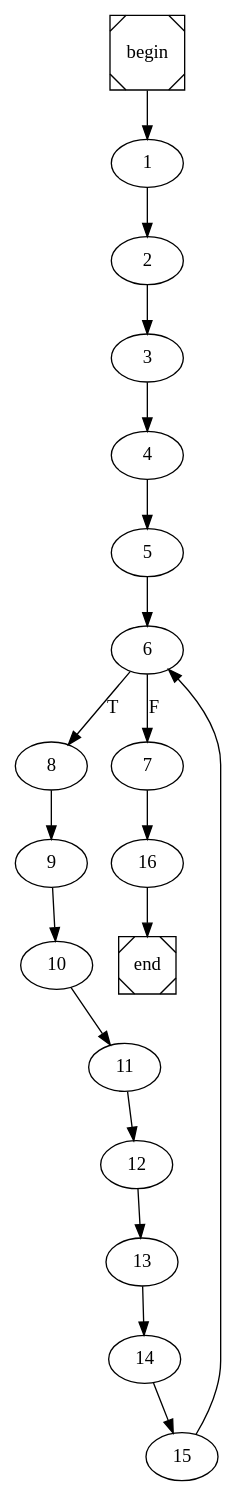
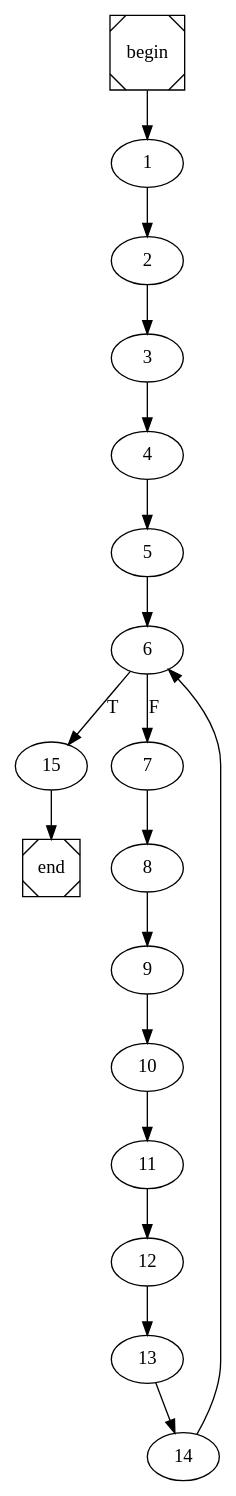
One commit to arubenruben/JMM-Compiler changed the diagram in slice_int_arr_int_int.dot. Above: the diagram before and after it, drawn with Graphviz. The commit also changed 11 other files, not shown here.

```diff
--- a/slice_int_arr_int_int.dot
+++ b/slice_int_arr_int_int.dot
@@ -1,4 +1,4 @@
 digraph cfg {
 	begin [shape=Msquare];
 	end [shape=Msquare];
-	begin -> 1;	1 -> 2;	2 -> 3;	3 -> 4;	4 -> 5;	5 -> 6;	6 -> 8[label=T];	6 -> 7[label=F];	7 -> 16;	8 -> 9;	9 -> 10;	10 -> 11;	11 -> 12;	12 -> 13;	13 -> 14;	14 -> 15;	15 -> 6;	16 -> end;}
+	begin -> 1;	1 -> 2;	2 -> 3;	3 -> 4;	4 -> 5;	5 -> 6;	6 -> 15[label=T];	6 -> 7[label=F];	7 -> 8;	8 -> 9;	9 -> 10;	10 -> 11;	11 -> 12;	12 -> 13;	13 -> 14;	14 -> 6;	15 -> end;}
```
